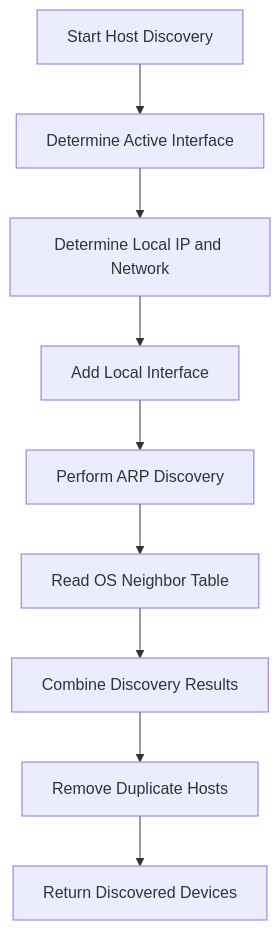
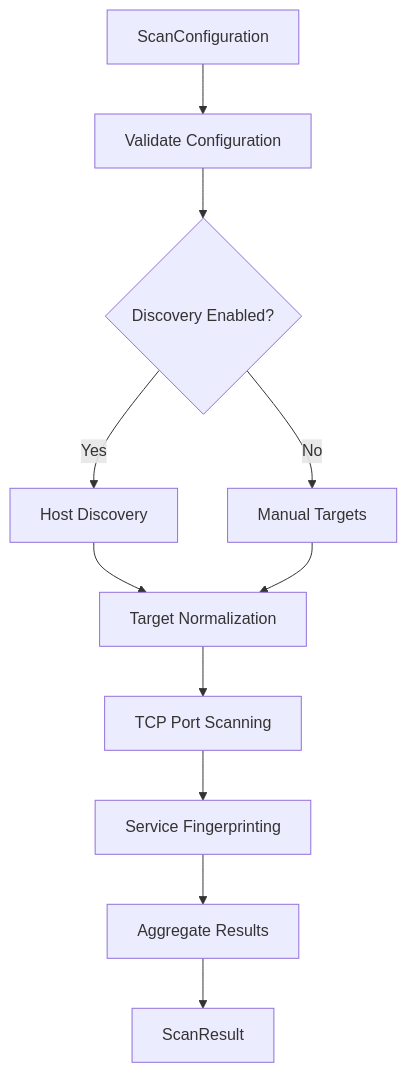
The first of 3 diagrams in README.md (zgreene1/CPSC-491-Project), drawn with Mermaid before and after one commit. The commit also changed other lines of this file and 9 other files, not shown here.

````diff
--- a/README.md
+++ b/README.md
@@ -144,11 +268,13 @@
 ```mermaid
 flowchart TD
-    A[Start Host Discovery] --> B[Determine Active Interface]
-    B --> C[Determine Local IP and Network]
-    C --> D[Add Local Interface]
-    D --> E[Perform ARP Discovery]
-    E --> F[Read OS Neighbor Table]
-    F --> G[Combine Discovery Results]
-    G --> H[Remove Duplicate Hosts]
-    H --> I[Return Discovered Devices]
+    A[ScanConfiguration] --> B[Validate Configuration]
+    B --> C{Discovery Enabled?}
+    C -->|Yes| D[Host Discovery]
+    C -->|No| E[Manual Targets]
+    D --> F[Target Normalization]
+    E --> F
+    F --> G[TCP Port Scanning]
+    G --> H[Service Fingerprinting]
+    H --> I[Aggregate Results]
+    I --> J[ScanResult]
 ```
````
